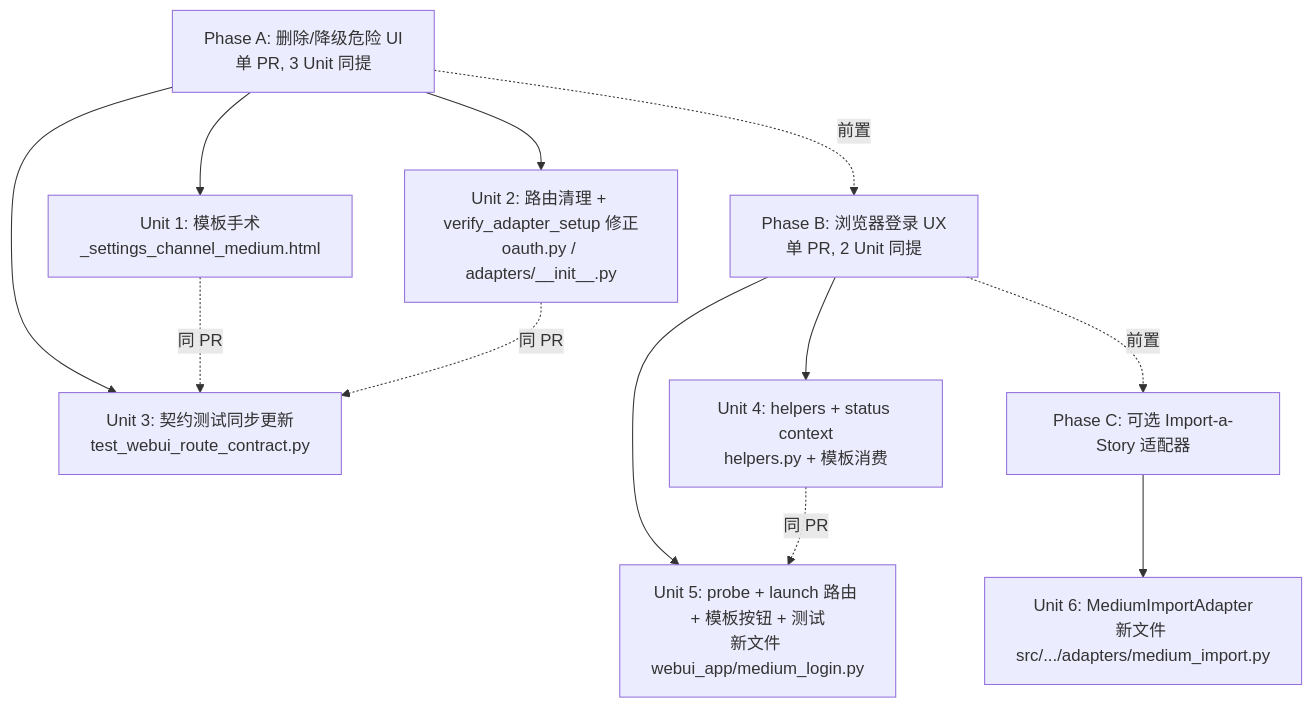
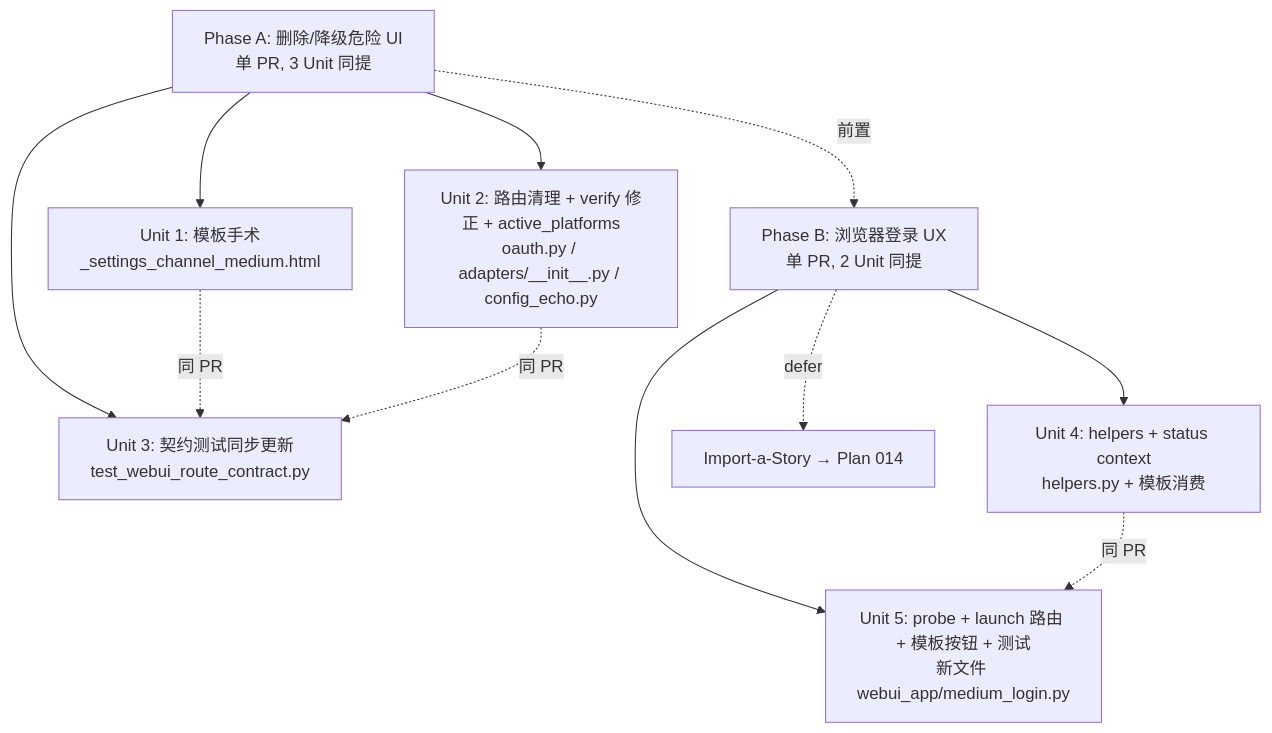
One commit to redredchen01/backlink-publisher changed the diagram in docs/plans/2026-05-18-013-refactor-medium-auth-ui-redesign-plan.md. Above: the diagram before and after it, drawn with Mermaid. The commit also changed other lines of this file and 41 other files, not shown here.

````diff
--- a/docs/plans/2026-05-18-013-refactor-medium-auth-ui-redesign-plan.md
+++ b/docs/plans/2026-05-18-013-refactor-medium-auth-ui-redesign-plan.md
@@ -157,25 +156,23 @@
 ```mermaid
 flowchart TB
     A[Phase A: 删除/降级危险 UI<br/>单 PR, 3 Unit 同提]
     A1[Unit 1: 模板手术<br/>_settings_channel_medium.html]
-    A2[Unit 2: 路由清理 + verify_adapter_setup 修正<br/>oauth.py / adapters/__init__.py]
+    A2[Unit 2: 路由清理 + verify 修正 + active_platforms<br/>oauth.py / adapters/__init__.py / config_echo.py]
     A3[Unit 3: 契约测试同步更新<br/>test_webui_route_contract.py]
     A --> A1
     A --> A2
     A --> A3
     A1 -.同 PR.-> A3
     A2 -.同 PR.-> A3
 
     B[Phase B: 浏览器登录 UX<br/>单 PR, 2 Unit 同提]
     B1[Unit 4: helpers + status context<br/>helpers.py + 模板消费]
     B2[Unit 5: probe + launch 路由 + 模板按钮 + 测试<br/>新文件 webui_app/medium_login.py]
     A -.前置.-> B
     B --> B1
     B --> B2
     B1 -.同 PR.-> B2
 
-    C[Phase C: 可选 Import-a-Story 适配器]
-    C1[Unit 6: MediumImportAdapter<br/>新文件 src/.../adapters/medium_import.py]
-    B -.前置.-> C
-    C --> C1
+    Note[Import-a-Story → Plan 014]
+    B -.defer.-> Note
 ```
````
